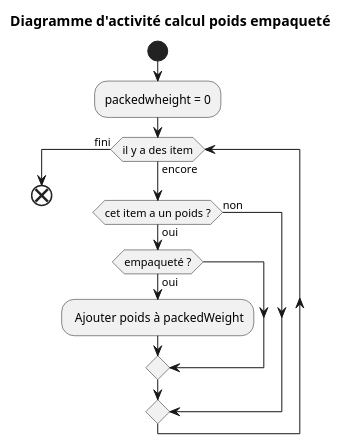
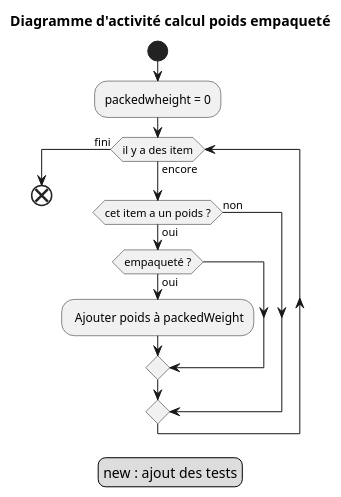
One commit to nbossard/plantuml_demo changed the diagram in TP/Solutions/diagact6.pu. Above: the diagram before and after it, drawn with PlantUML. The commit also changed 11 other files, not shown here.

```diff
--- a/TP/Solutions/diagact6.pu
+++ b/TP/Solutions/diagact6.pu
@@ -1,15 +1,19 @@
 @startuml
     Title Diagramme d'activité calcul poids empaqueté
 
     start
         :packedwheight = 0;
         while (il y a des item) is (encore)
             if (cet item a un poids ?) then (oui)
                 if (empaqueté ?)  then (oui)
                     : Ajouter poids à packedWeight;
                 endif
             else (non)
             endif
         endwhile (fini)
     end
+
+    legend
+        new : ajout des tests
+    endlegend
 @enduml
```
